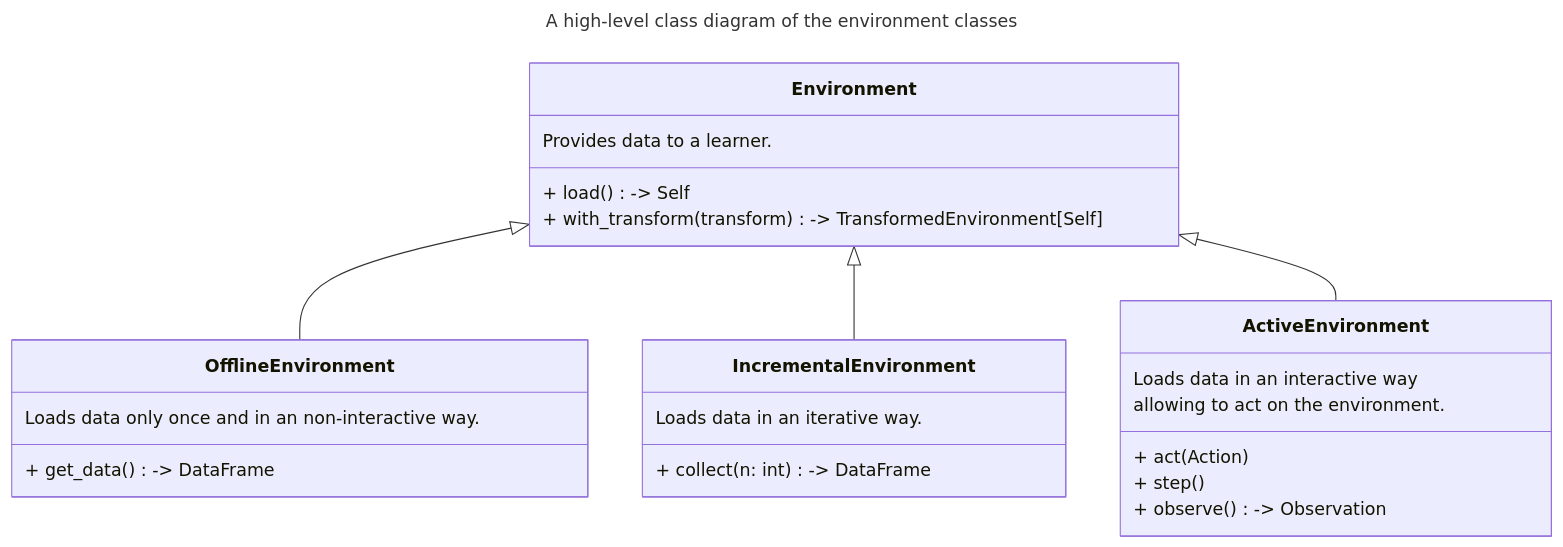
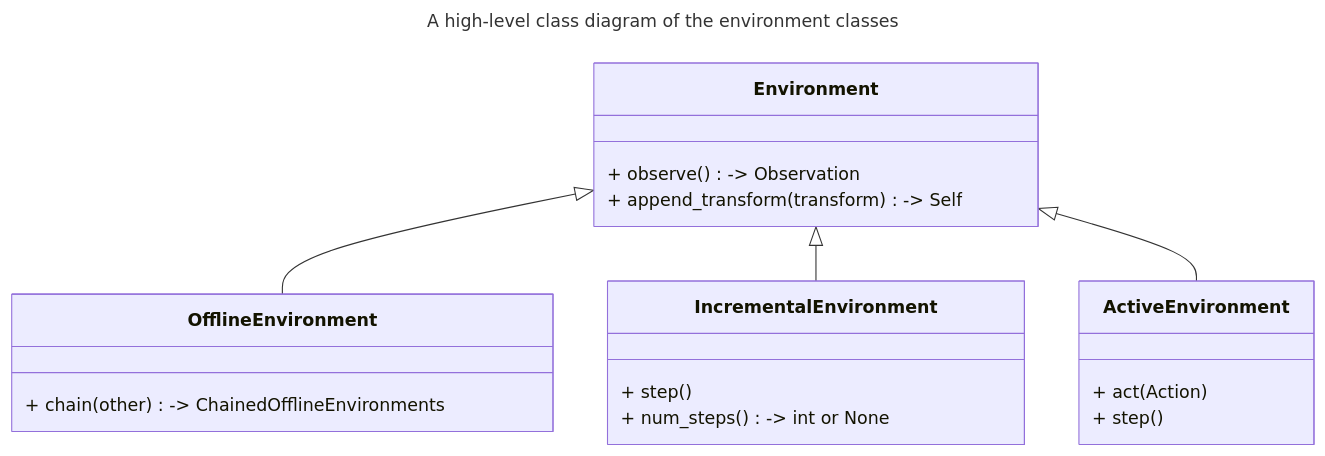
Before and after one commit to flowcean/flowcean: the diagram in docs/user_guide/environment.md, drawn with Mermaid. The commit also changed other lines of this file and 190 other files, not shown here.

Commit message:
refactor: make type contracts explicit across Flowcean

````diff
--- a/docs/user_guide/environment.md
+++ b/docs/user_guide/environment.md
@@ -31,30 +31,25 @@
 ```mermaid
 ---
 title: A high-level class diagram of the environment classes
 ---
 classDiagram
   Environment <|-- OfflineEnvironment
   Environment <|-- IncrementalEnvironment
   Environment <|-- ActiveEnvironment
 
   class Environment{
-    Provides data to a learner.
-    + load() -> Self
-    + with_transform(transform) -> TransformedEnvironment[Self]
+    + observe() -> Observation
+    + append_transform(transform) -> Self
   }
   class IncrementalEnvironment{
-    Loads data in an iterative way.
-    + collect(n: int) -> DataFrame
+    + step()
+    + num_steps() -> int or None
   }
   class OfflineEnvironment{
-    Loads data only once and in an non-interactive way.
-    + get_data() -> DataFrame
+    + chain(other) -> ChainedOfflineEnvironments
   }
   class ActiveEnvironment{
-    Loads data in an interactive way
-    allowing to act on the environment.
     + act(Action)
     + step()
-    + observe() -> Observation
   }
 ```
````
